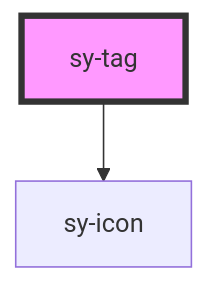
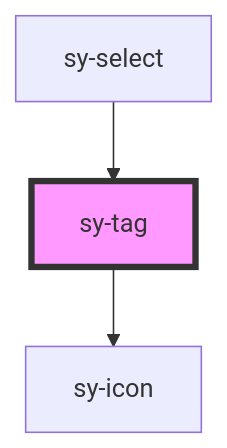
Before and after one commit to ksrae/saida-design-system-components: the diagram in design-system-light/src/components/tag/readme.md, drawn with Mermaid. The commit also changed other lines of this file and 121 other files, not shown here.

````diff
--- a/design-system-light/src/components/tag/readme.md
+++ b/design-system-light/src/components/tag/readme.md
@@ -36,5 +40,6 @@
 ```mermaid
 graph TD;
   sy-tag --> sy-icon
+  sy-select --> sy-tag
   style sy-tag fill:#f9f,stroke:#333,stroke-width:4px
 ```
````
